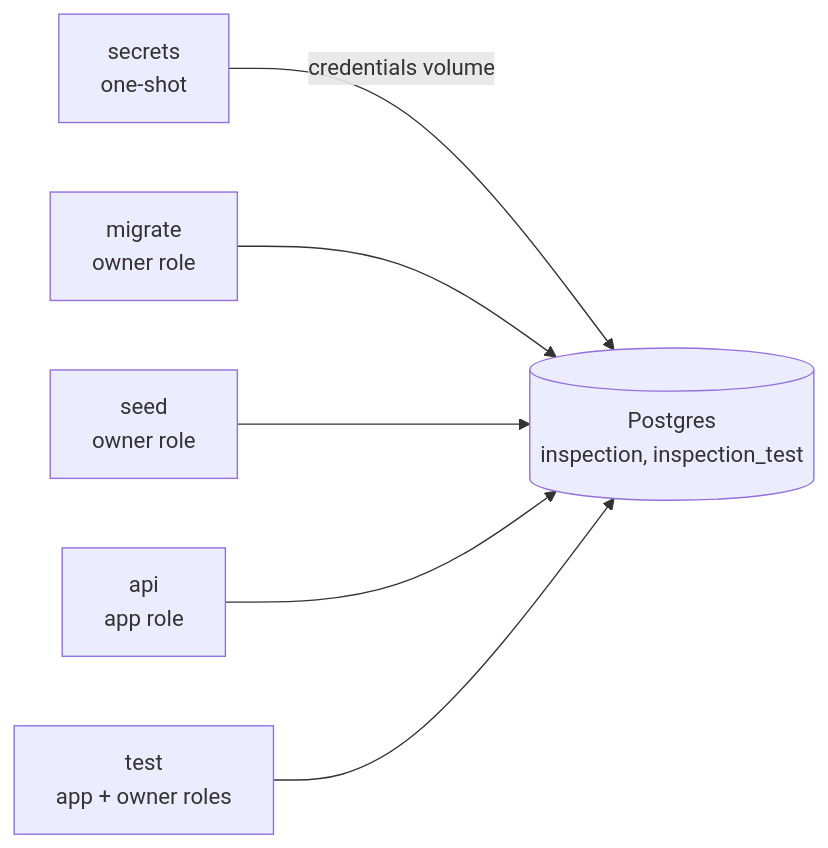
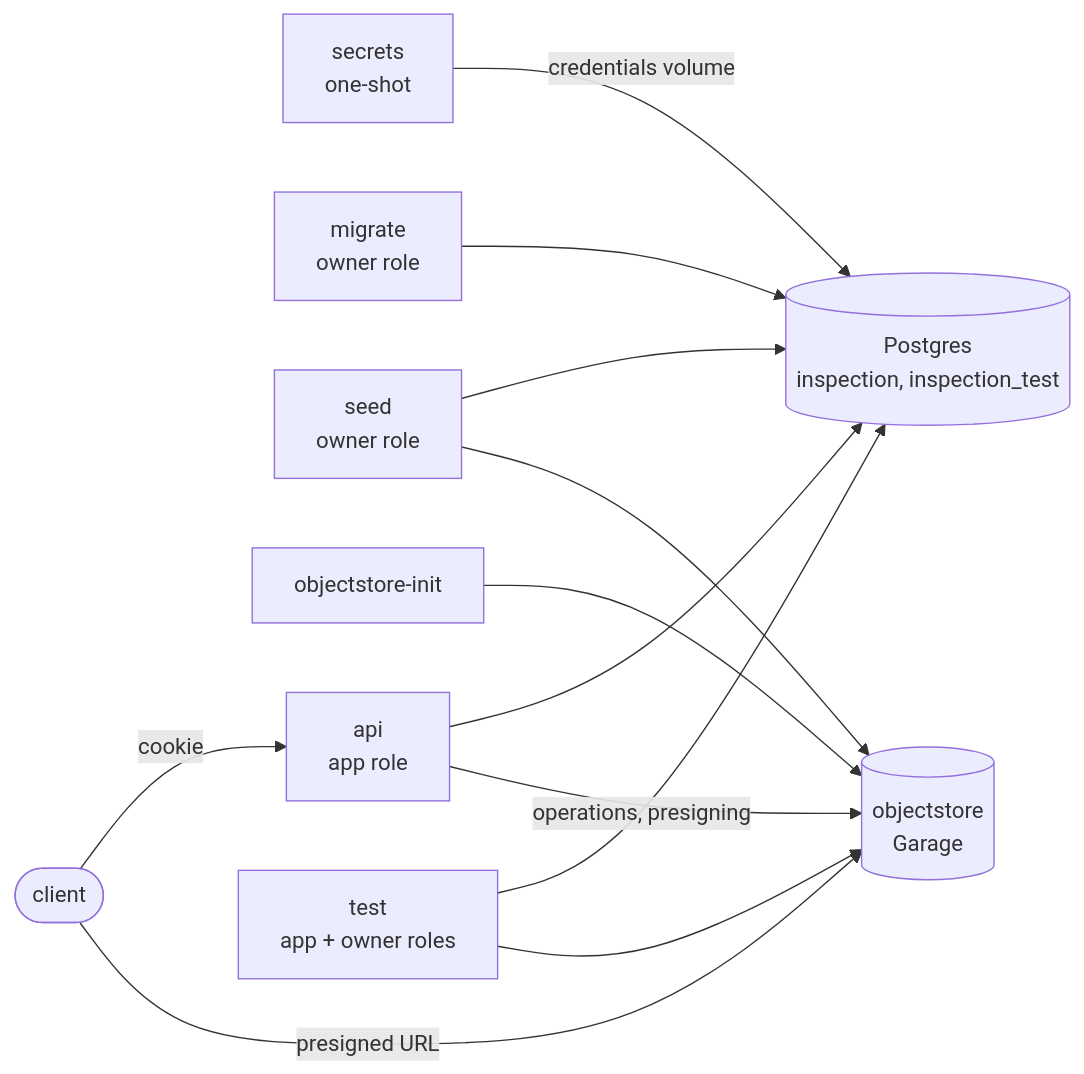
Before and after one commit to AOX-LLC/inspection-saas: the diagram in docs/architecture.md, drawn with Mermaid. The commit also changed other lines of this file and 4 other files, not shown here.

Commit message:
Document auth and storage: ADRs 0001 and 0002, architecture, README

````diff
--- a/docs/architecture.md
+++ b/docs/architecture.md
@@ -26,8 +27,14 @@
 ```mermaid
 flowchart LR
     secrets[secrets<br/>one-shot] -->|credentials volume| db[(Postgres<br/>inspection, inspection_test)]
     migrate[migrate<br/>owner role] --> db
     seed[seed<br/>owner role] --> db
+    seed --> store[(objectstore<br/>Garage)]
+    init[objectstore-init] --> store
     api[api<br/>app role] --> db
+    api -->|operations, presigning| store
+    browser([client]) -->|cookie| api
+    browser -->|presigned URL| store
     test[test<br/>app + owner roles] --> db
+    test --> store
 ```
````
